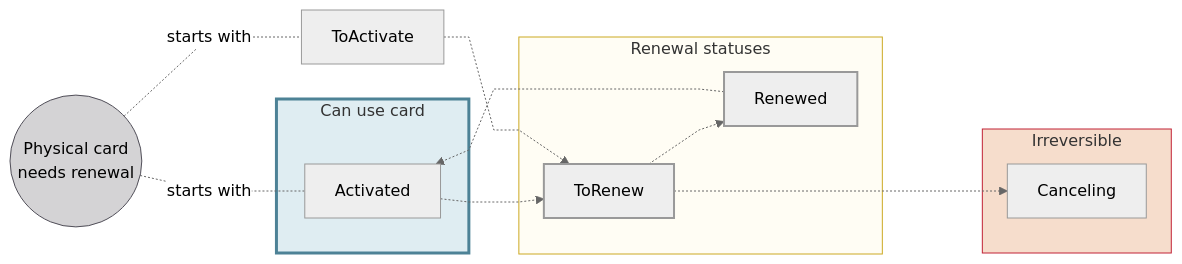
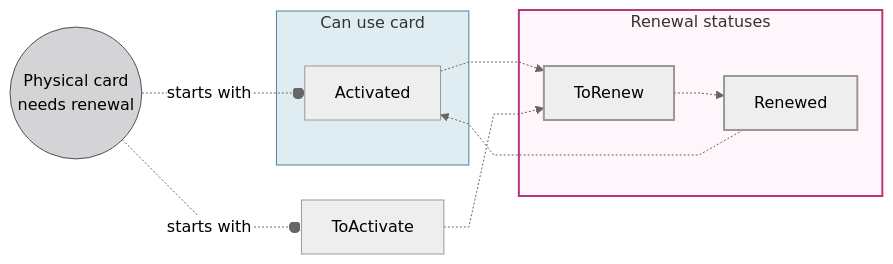
Before and after one commit to swan-io/docs: the second of 2 diagrams in docs/topics/cards/physical/index.mdx, drawn with Mermaid (neutral theme). The commit also changed other lines of this file, not shown here.

Commit message:
DOC-522 update card renewal documentation

````diff
--- a/docs/topics/cards/physical/index.mdx
+++ b/docs/topics/cards/physical/index.mdx
@@ -195,27 +221,22 @@
 ```mermaid
 %%{ init: { 'flowchart': { 'curve': 'linear' } } }%%
 flowchart LR
-    PCNR((Physical card<br/>needs renewal)) -.starts with.- A[Activated]
-    PCNR -.starts with.- TA
+    PCNR((Physical card<br/>needs renewal)) -.starts with.-o A[Activated]
+    PCNR -.starts with.-o TA
     A -.-> TR[ToRenew]
     TR -.-> R[Renewed]
     R -.-> A
     TA[ToActivate] -.-> TR
-    TR -...-> CL[Canceling]
     subgraph U[Can use card]
         A
     end
     subgraph RS[Renewal statuses]
         TR
         R
     end
-    subgraph IR[Irreversible]
-        CL
-    end
     style PCNR fill:#D4D3D5,stroke:#514F59
-    style RS fill:#fffdf4,stroke:#cca922
-    style U fill:#dfedf2,stroke:#4d8296,stroke-width:3px
-    style IR fill:#f6ddcc,stroke:#c12236
+    style RS fill:#fef6fa,stroke:#ba3676,stroke-width:2px
+    style U fill:#dfedf2,stroke:#4d8296
     style TR stroke-width:2px
     style R stroke-width:2px
 ```
````
